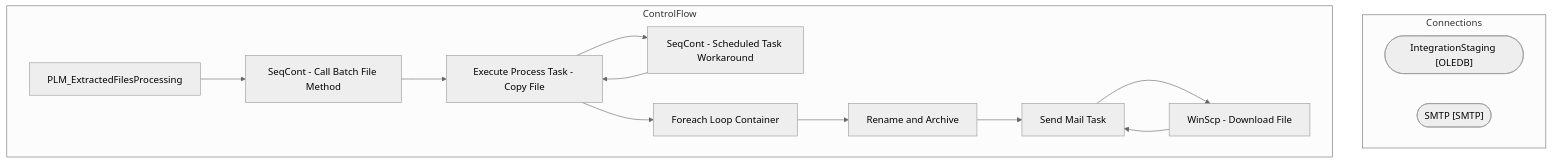
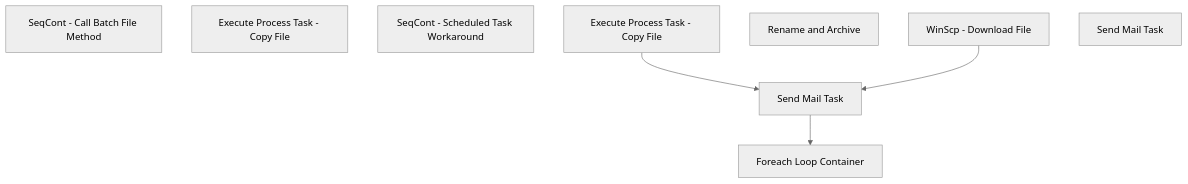
Before and after one commit to juanandresbrain/BABSkills: the diagram in bab-docs-explorer/Documentation/STL-SSIS-P-01/SSIS/SSIS/PLM_ExtractedFilesProcessing.PLM_ExtractedFilesProcessing.md, drawn with Mermaid (neutral theme). The commit also changed other lines of this file and 273 other files, not shown here.

````diff
--- a/bab-docs-explorer/Documentation/STL-SSIS-P-01/SSIS/SSIS/PLM_ExtractedFilesProcessing.PLM_ExtractedFilesProcessing.md
+++ b/bab-docs-explorer/Documentation/STL-SSIS-P-01/SSIS/SSIS/PLM_ExtractedFilesProcessing.PLM_ExtractedFilesProcessing.md
@@ -9,28 +45,15 @@
 ```mermaid
 flowchart TD
-    subgraph Connections
-        IntegrationStaging_conn(["IntegrationStaging [OLEDB]"])
-        SMTP_conn(["SMTP [SMTP]"])
-    end
-    subgraph ControlFlow
-        PLM_ExtractedFilesProcessing_task["PLM_ExtractedFilesProcessing"]
-        SeqCont___Call_Batch_File_Method_task["SeqCont - Call Batch File Method"]
-        PLM_ExtractedFilesProcessing_task --> SeqCont___Call_Batch_File_Method_task
-        Execute_Process_Task___Copy_File_task["Execute Process Task - Copy File"]
-        SeqCont___Call_Batch_File_Method_task --> Execute_Process_Task___Copy_File_task
-        SeqCont___Scheduled_Task_Workaround_task["SeqCont - Scheduled Task Workaround"]
-        Execute_Process_Task___Copy_File_task --> SeqCont___Scheduled_Task_Workaround_task
-        Execute_Process_Task___Copy_File_task["Execute Process Task - Copy File"]
-        SeqCont___Scheduled_Task_Workaround_task --> Execute_Process_Task___Copy_File_task
-        Foreach_Loop_Container_task["Foreach Loop Container"]
-        Execute_Process_Task___Copy_File_task --> Foreach_Loop_Container_task
-        Rename_and_Archive_task["Rename and Archive"]
-        Foreach_Loop_Container_task --> Rename_and_Archive_task
-        Send_Mail_Task_task["Send Mail Task"]
-        Rename_and_Archive_task --> Send_Mail_Task_task
-        WinScp___Download_File_task["WinScp - Download File"]
-        Send_Mail_Task_task --> WinScp___Download_File_task
-        Send_Mail_Task_task["Send Mail Task"]
-        WinScp___Download_File_task --> Send_Mail_Task_task
-    end
+    n_Package_SeqCont___Call_Batch_File_Method["SeqCont - Call Batch File Method"]
+    n_Package_SeqCont___Call_Batch_File_Method_Execute_Process_Task___Copy_File["Execute Process Task - Copy File"]
+    n_Package_SeqCont___Scheduled_Task_Workaround["SeqCont - Scheduled Task Workaround"]
+    n_Package_SeqCont___Scheduled_Task_Workaround_Execute_Process_Task___Copy_File["Execute Process Task - Copy File"]
+    n_Package_SeqCont___Scheduled_Task_Workaround_Foreach_Loop_Container["Foreach Loop Container"]
+    n_Package_SeqCont___Scheduled_Task_Workaround_Foreach_Loop_Container_Rename_and_Archive["Rename and Archive"]
+    n_Package_SeqCont___Scheduled_Task_Workaround_Send_Mail_Task["Send Mail Task"]
+    n_Package_SeqCont___Scheduled_Task_Workaround_WinScp___Download_File["WinScp - Download File"]
+    n_Package_EventHandlers_OnError__Send_Mail_Task["Send Mail Task"]
+    n_Package_SeqCont___Scheduled_Task_Workaround_Execute_Process_Task___Copy_File --> n_Package_SeqCont___Scheduled_Task_Workaround_Send_Mail_Task
+    n_Package_SeqCont___Scheduled_Task_Workaround_Send_Mail_Task --> n_Package_SeqCont___Scheduled_Task_Workaround_Foreach_Loop_Container
+    n_Package_SeqCont___Scheduled_Task_Workaround_WinScp___Download_File --> n_Package_SeqCont___Scheduled_Task_Workaround_Send_Mail_Task
 ```
````
